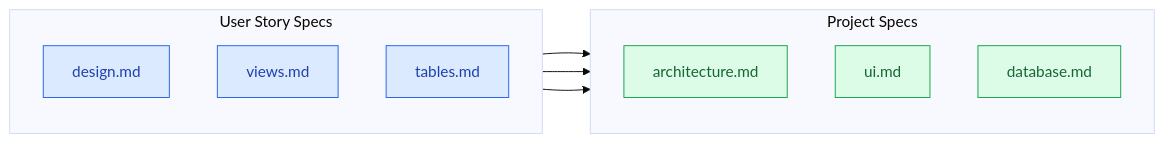
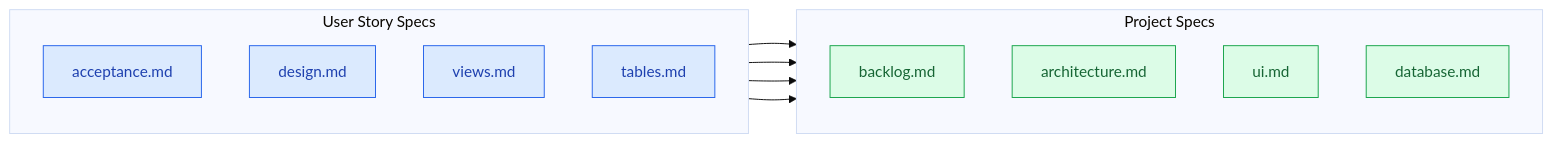
The eighth of 8 diagrams in README.md (mtov/AgileSpec), drawn with Mermaid (base theme) before and after one commit. The commit also changed other lines of this file and 5 other files, not shown here.

Commit message:
Restore project backlog documentation and add PodLite story lists

````diff
--- a/README.md
+++ b/README.md
@@ -348,26 +359,29 @@
 ```mermaid
 flowchart LR
     subgraph S["User Story Specs"]
         direction TB
+        S0["acceptance.md"]
         S1["design.md"]
         S2["views.md"]
         S3["tables.md"]
     end
 
     subgraph P["Project Specs"]
         direction TB
+        P0["backlog.md"]
         P1["architecture.md"]
         P2["ui.md"]
         P3["database.md"]
     end
 
+    S0 --> P0
     S1 --> P1
     S2 --> P2
     S3 --> P3
 
     classDef story fill:#dbeafe,stroke:#2563eb,color:#1e40af
     classDef project fill:#dcfce7,stroke:#16a34a,color:#166534
 
-    class S1,S2,S3 story
-    class P1,P2,P3 project
+    class S0,S1,S2,S3 story
+    class P0,P1,P2,P3 project
 ```
````
